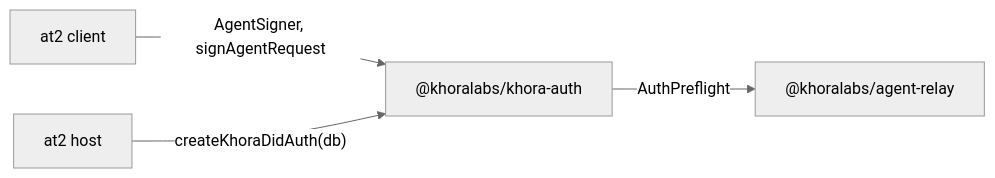
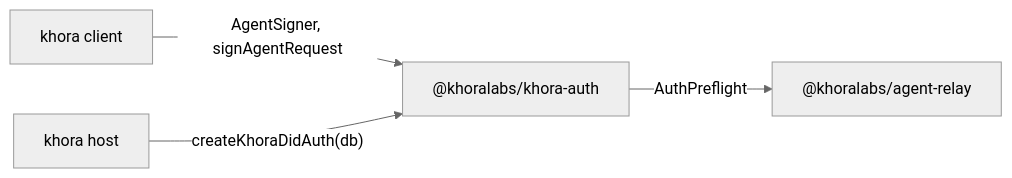
Before and after one commit to khoralabs/khora: the diagram in packages/khora/auth/README.md, drawn with Mermaid (neutral theme). The commit also changed other lines of this file and 33 other files, not shown here.

````diff
--- a/packages/khora/auth/README.md
+++ b/packages/khora/auth/README.md
@@ -15,6 +15,6 @@
 ```mermaid
 graph LR
-  client["at2 client"] -->|"AgentSigner, signAgentRequest"| auth["@khoralabs/khora-auth"]
-  host["at2 host"] -->|"createKhoraDidAuth(db)"| auth
+  client["khora client"] -->|"AgentSigner, signAgentRequest"| auth["@khoralabs/khora-auth"]
+  host["khora host"] -->|"createKhoraDidAuth(db)"| auth
   auth -->|"AuthPreflight"| relay["@khoralabs/agent-relay"]
 ```
````
